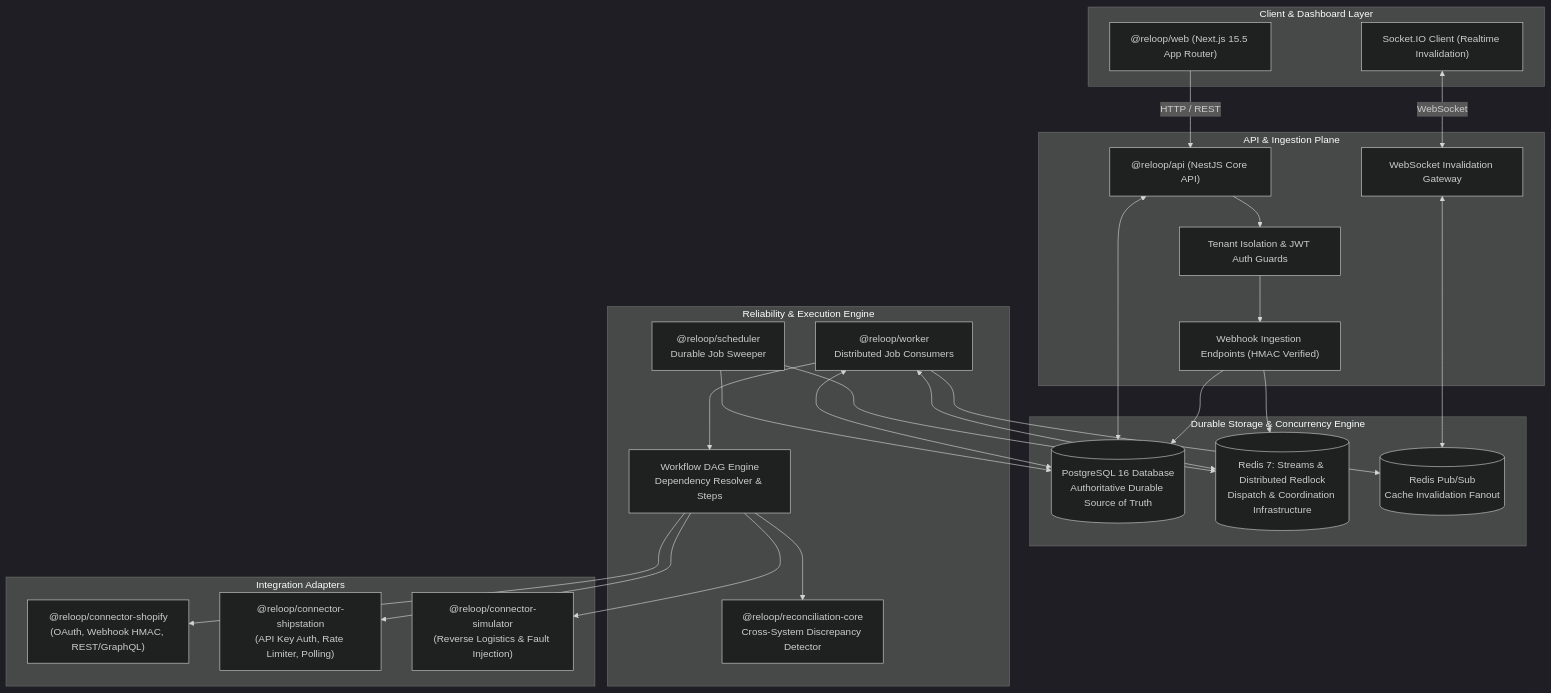
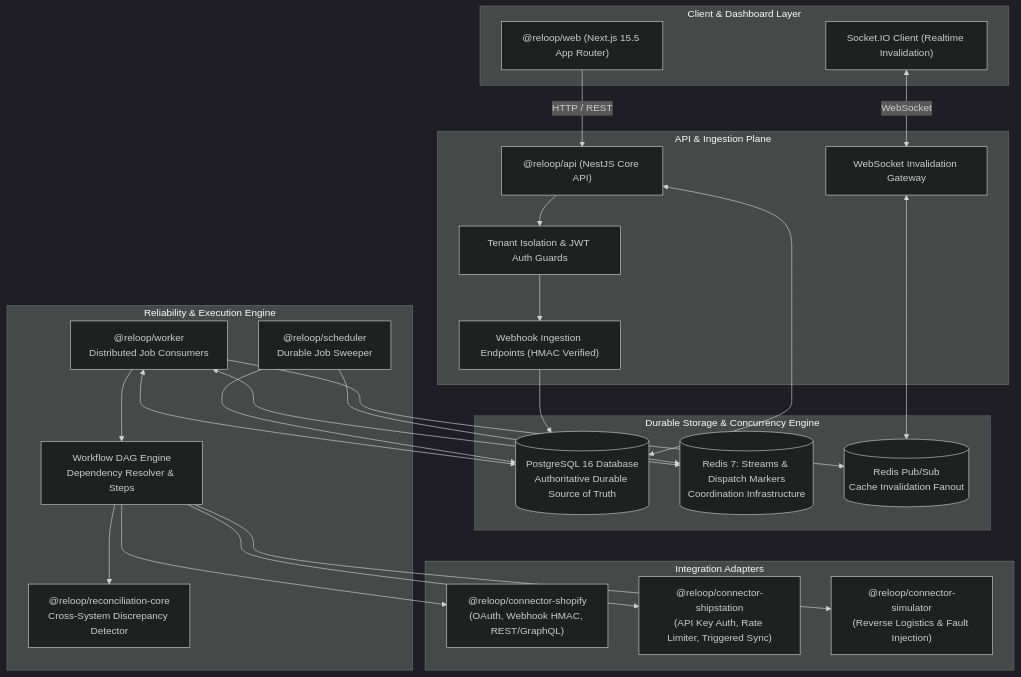
Before and after one commit to arsi505/Reloop: the second of 4 diagrams in README.md, drawn with Mermaid (dark theme). The commit also changed other lines of this file, not shown here.

````diff
--- a/README.md
+++ b/README.md
@@ -66,55 +65,54 @@
 ```mermaid
 flowchart TB
     subgraph ClientLayer["Client & Dashboard Layer"]
         Web["@reloop/web (Next.js 15.5 App Router)"]
         BrowserWS["Socket.IO Client (Realtime Invalidation)"]
     end
 
     subgraph ApiGateway["API & Ingestion Plane"]
         API["@reloop/api (NestJS Core API)"]
         AuthGuards["Tenant Isolation & JWT Auth Guards"]
         WebhookController["Webhook Ingestion Endpoints (HMAC Verified)"]
         WSGateway["WebSocket Invalidation Gateway"]
     end
 
     subgraph MessagingStorage["Durable Storage & Concurrency Engine"]
         Postgres[("PostgreSQL 16 Database<br/>Authoritative Durable Source of Truth")]
-        RedisQueue[("Redis 7: Streams & Distributed Redlock<br/>Dispatch & Coordination Infrastructure")]
+        RedisQueue[("Redis 7: Streams & Dispatch Markers<br/>Coordination Infrastructure")]
         RedisPubSub[("Redis Pub/Sub<br/>Cache Invalidation Fanout")]
     end
 
     subgraph EngineWorkers["Reliability & Execution Engine"]
         ReconciliationEngine["@reloop/reconciliation-core<br/>Cross-System Discrepancy Detector"]
         DAGOrchestrator["Workflow DAG Engine<br/>Dependency Resolver & Steps"]
         WorkerService["@reloop/worker<br/>Distributed Job Consumers"]
         SchedulerService["@reloop/scheduler<br/>Durable Job Sweeper"]
     end
 
     subgraph IntegrationsExternal["Integration Adapters"]
         ShopifyConnector["@reloop/connector-shopify<br/>(OAuth, Webhook HMAC, REST/GraphQL)"]
-        ShipStationConnector["@reloop/connector-shipstation<br/>(API Key Auth, Rate Limiter, Polling)"]
+        ShipStationConnector["@reloop/connector-shipstation<br/>(API Key Auth, Rate Limiter, Triggered Sync)"]
         SimulatorConnector["@reloop/connector-simulator<br/>(Reverse Logistics & Fault Injection)"]
     end
 
     Web -->|HTTP / REST| API
     BrowserWS <-->|WebSocket| WSGateway
     API --> AuthGuards
     AuthGuards --> WebhookController
     WebhookController --> Postgres
-    WebhookController --> RedisQueue
     API <--> Postgres
     WSGateway <--> RedisPubSub
 
     WorkerService <--> RedisQueue
     WorkerService <--> Postgres
     WorkerService --> DAGOrchestrator
     DAGOrchestrator --> ReconciliationEngine
     WorkerService --> RedisPubSub
 
     SchedulerService --> RedisQueue
     SchedulerService --> Postgres
 
     DAGOrchestrator --> ShopifyConnector
     DAGOrchestrator --> ShipStationConnector
     DAGOrchestrator --> SimulatorConnector
 ```
````
